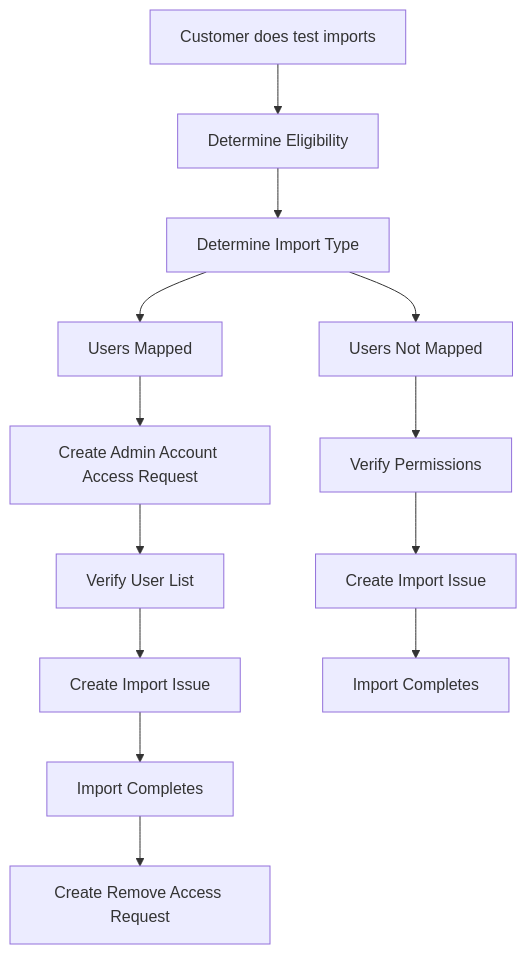
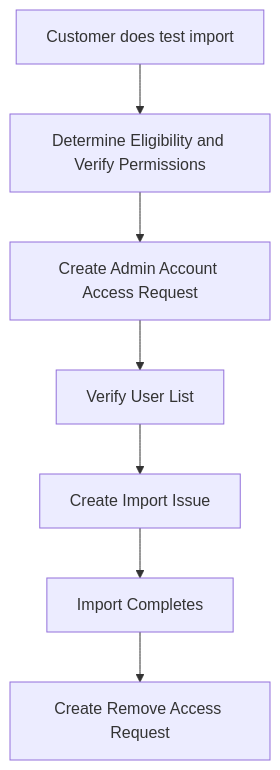
The diagram in support/workflows/importing_projects.html.md (secretstartups/handbook), drawn with Mermaid before and after one commit. The commit also changed other lines of this file and 1 other file, not shown here.

Commit message:
Revise import flow for support only process

````diff
--- a/support/workflows/importing_projects.html.md
+++ b/support/workflows/importing_projects.html.md
@@ -36,16 +34,10 @@
 ```mermaid
 graph TD;
-M[Customer does test imports]
--->A[Determine Eligibility]
--->B[Determine Import Type];
-B-->C[Users Mapped];
-B-->D[Users Not Mapped];
-C-->F[Create Admin Account Access Request];
+M[Customer does test import]
+-->A[Determine Eligibility and Verify Permissions]
+A-->F[Create Admin Account Access Request];
+E-->H[Create Import Issue];
 F-->E[Verify User List];
-E-->H[Create Import Issue];
 H-->K[Import Completes];
 K-->G[Create Remove Access Request];
-D-->I[Verify Permissions];
-I-->J[Create Import Issue];
-J-->L[Import Completes];
 ```
````
